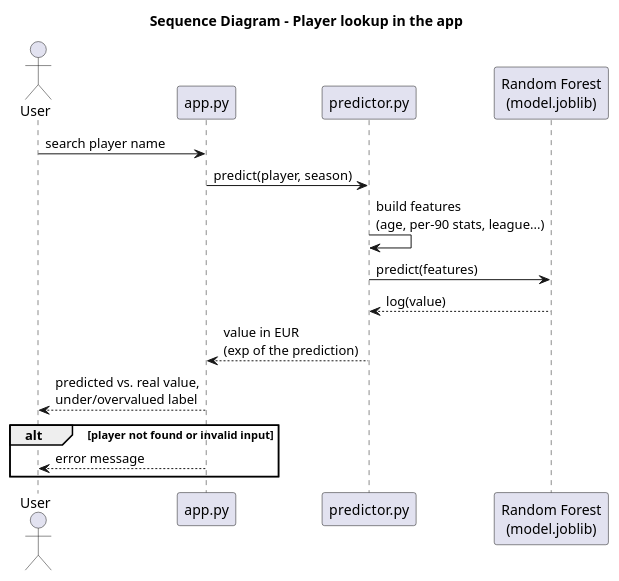
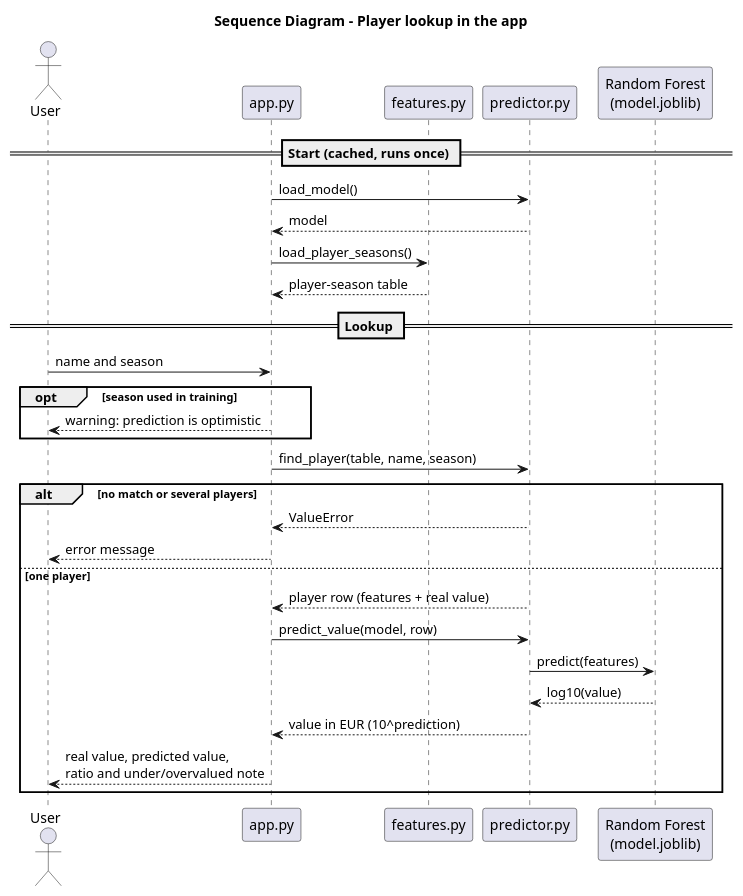
Before and after one commit to hugohf05/semestral-work-ite: the diagram in docs/diagrams/3_sequence_prediction.puml, drawn with PlantUML. The commit also changed 5 other files, not shown here.

Commit message:
Update UML diagrams to match the final code

```diff
--- a/docs/diagrams/3_sequence_prediction.puml
+++ b/docs/diagrams/3_sequence_prediction.puml
@@ -1,20 +1,33 @@
 @startuml
 title Sequence Diagram - Player lookup in the app
 
 actor User
 participant "app.py" as App
+participant "features.py" as Features
 participant "predictor.py" as Predictor
 participant "Random Forest\n(model.joblib)" as Model
 
-User -> App : search player name
-App -> Predictor : predict(player, season)
-Predictor -> Predictor : build features\n(age, per-90 stats, league...)
-Predictor -> Model : predict(features)
-Model --> Predictor : log(value)
-Predictor --> App : value in EUR\n(exp of the prediction)
-App --> User : predicted vs. real value,\nunder/overvalued label
+== Start (cached, runs once) ==
+App -> Predictor : load_model()
+Predictor --> App : model
+App -> Features : load_player_seasons()
+Features --> App : player-season table
 
-alt player not found or invalid input
+== Lookup ==
+User -> App : name and season
+opt season used in training
+  App --> User : warning: prediction is optimistic
+end
+App -> Predictor : find_player(table, name, season)
+alt no match or several players
+  Predictor --> App : ValueError
   App --> User : error message
+else one player
+  Predictor --> App : player row (features + real value)
+  App -> Predictor : predict_value(model, row)
+  Predictor -> Model : predict(features)
+  Model --> Predictor : log10(value)
+  Predictor --> App : value in EUR (10^prediction)
+  App --> User : real value, predicted value,\nratio and under/overvalued note
 end
 @enduml
```
